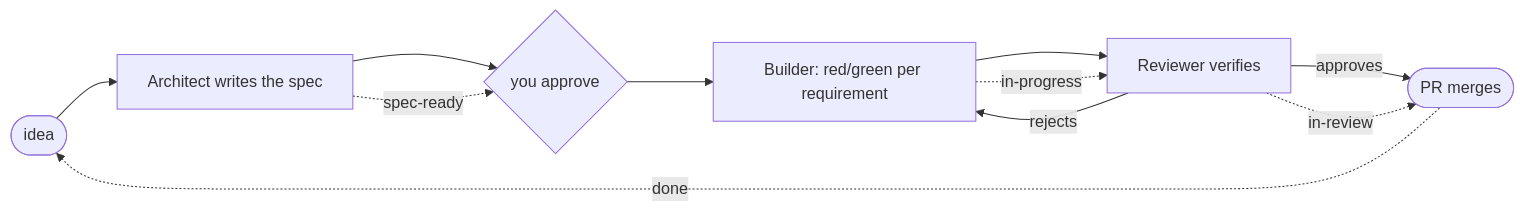
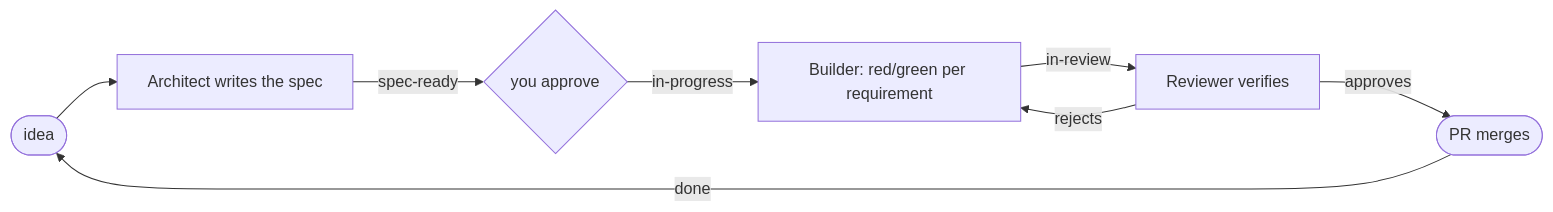
One commit to araozmd/harness-sdd changed the diagram in README.md. Above: the diagram before and after it, drawn with Mermaid. The commit also changed other lines of this file and 2 other files, not shown here.

Commit message:
💄 docs(E39-F01): wordmark heading, hero image, labelled mermaid edges, BRAND art by canonical URL; amend C7/C8

````diff
--- a/README.md
+++ b/README.md
@@ -20,13 +13,10 @@
 ```mermaid
 flowchart LR
     idea([idea]) --> spec[Architect writes the spec]
-    spec --> gate1{you approve}
-    gate1 --> build[Builder: red/green per requirement]
-    build --> review[Reviewer verifies]
+    spec -->|spec-ready| gate1{you approve}
+    gate1 -->|in-progress| build[Builder: red/green per requirement]
+    build -->|in-review| review[Reviewer verifies]
     review -->|rejects| build
     review -->|approves| merge([PR merges])
-    spec -. spec-ready .-> gate1
-    build -. in-progress .-> review
-    review -. in-review .-> merge
-    merge -. done .-> idea
+    merge -->|done| idea
 ```
````
